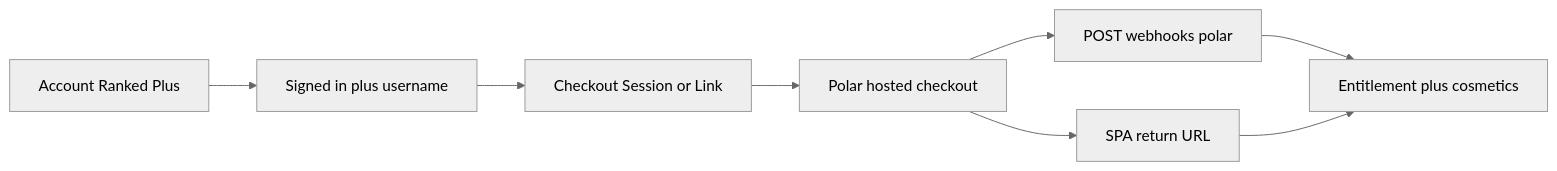
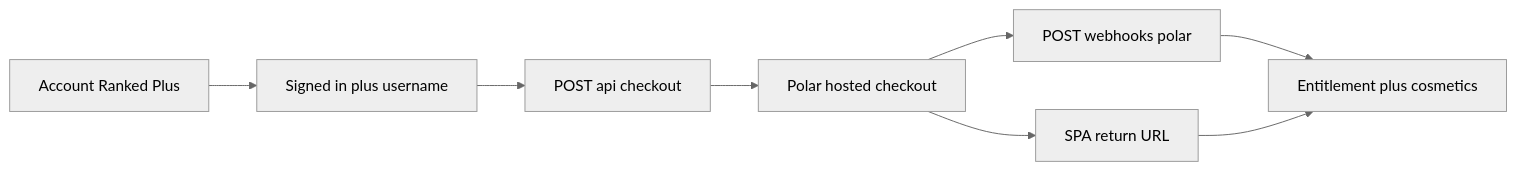
One commit to jondmarien/rngdle-unlocked changed the diagram in docs/polar-checkout-foundation.md. Above: the diagram before and after it, drawn with Mermaid (neutral theme). The commit also changed other lines of this file and 26 other files, not shown here.

````diff
--- a/docs/polar-checkout-foundation.md
+++ b/docs/polar-checkout-foundation.md
@@ -53,14 +53,14 @@
 ```mermaid
 flowchart LR
   account[Account Ranked Plus]
   gate[Signed in plus username]
-  session[Checkout Session or Link]
+  session[POST api checkout]
   polar[Polar hosted checkout]
   returnUrl[SPA return URL]
   webhook[POST webhooks polar]
   unlock[Entitlement plus cosmetics]
 
   account --> gate --> session --> polar --> returnUrl
   polar --> webhook --> unlock
   returnUrl --> unlock
 ```
````
